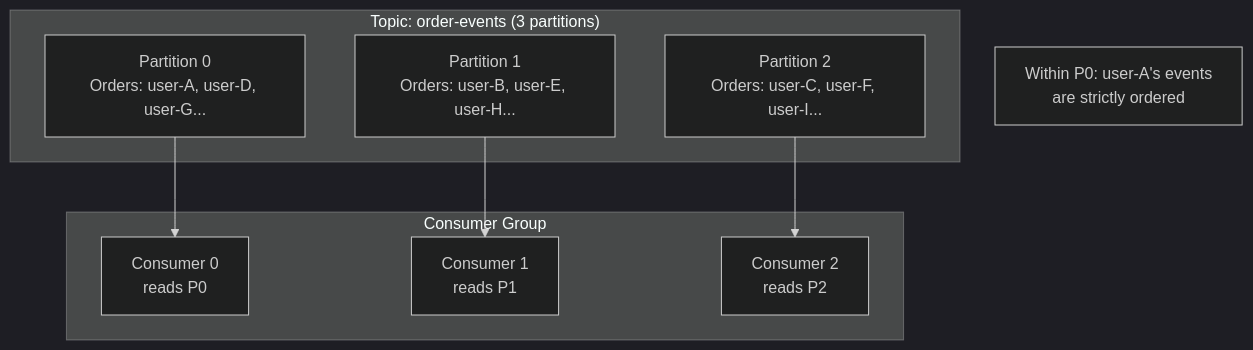
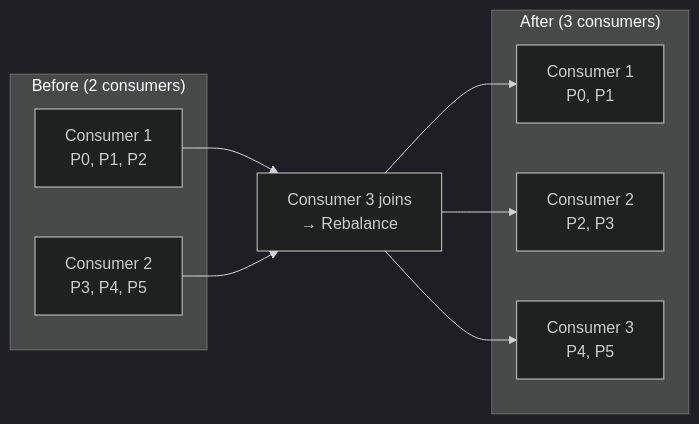
Before and after one commit to ae-lexs/system_design: the third of 8 diagrams in DD_KAFKA_ARCHITECTURE.md, drawn with Mermaid (dark theme). The commit also changed other lines of this file and 23 other files, not shown here.

````diff
--- a/DD_KAFKA_ARCHITECTURE.md
+++ b/DD_KAFKA_ARCHITECTURE.md
@@ -305,20 +312,19 @@
 ```mermaid
-flowchart TB
-    subgraph "Topic: order-events (3 partitions)"
-        P0["Partition 0<br/>Orders: user-A, user-D, user-G..."]
-        P1["Partition 1<br/>Orders: user-B, user-E, user-H..."]
-        P2["Partition 2<br/>Orders: user-C, user-F, user-I..."]
+flowchart LR
+    subgraph "Before (2 consumers)"
+        C1A["Consumer 1<br/>P0, P1, P2"]
+        C2A["Consumer 2<br/>P3, P4, P5"]
     end
 
-    subgraph "Consumer Group"
-        C0["Consumer 0<br/>reads P0"]
-        C1["Consumer 1<br/>reads P1"]
-        C2["Consumer 2<br/>reads P2"]
+    REBALANCE["Consumer 3 joins<br/>→ Rebalance"]
+
+    subgraph "After (3 consumers)"
+        C1B["Consumer 1<br/>P0, P1"]
+        C2B["Consumer 2<br/>P2, P3"]
+        C3B["Consumer 3<br/>P4, P5"]
     end
 
-    P0 --> C0
-    P1 --> C1
-    P2 --> C2
-
-    NOTE["Within P0: user-A's events<br/>are strictly ordered"]
+    C1A --> REBALANCE --> C1B
+    C2A --> REBALANCE --> C2B
+    REBALANCE --> C3B
 ```
````
